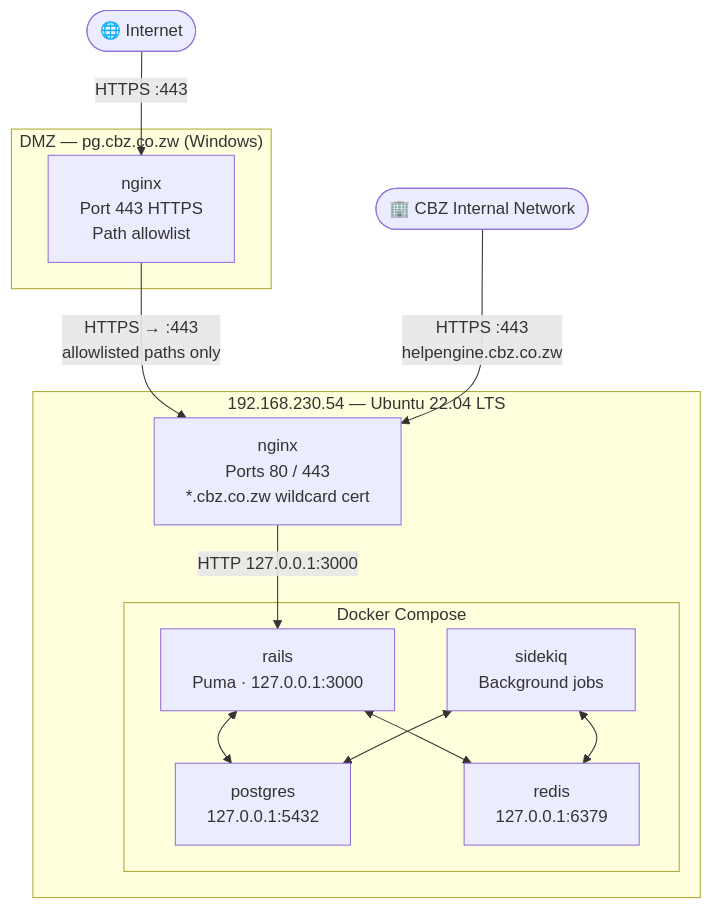
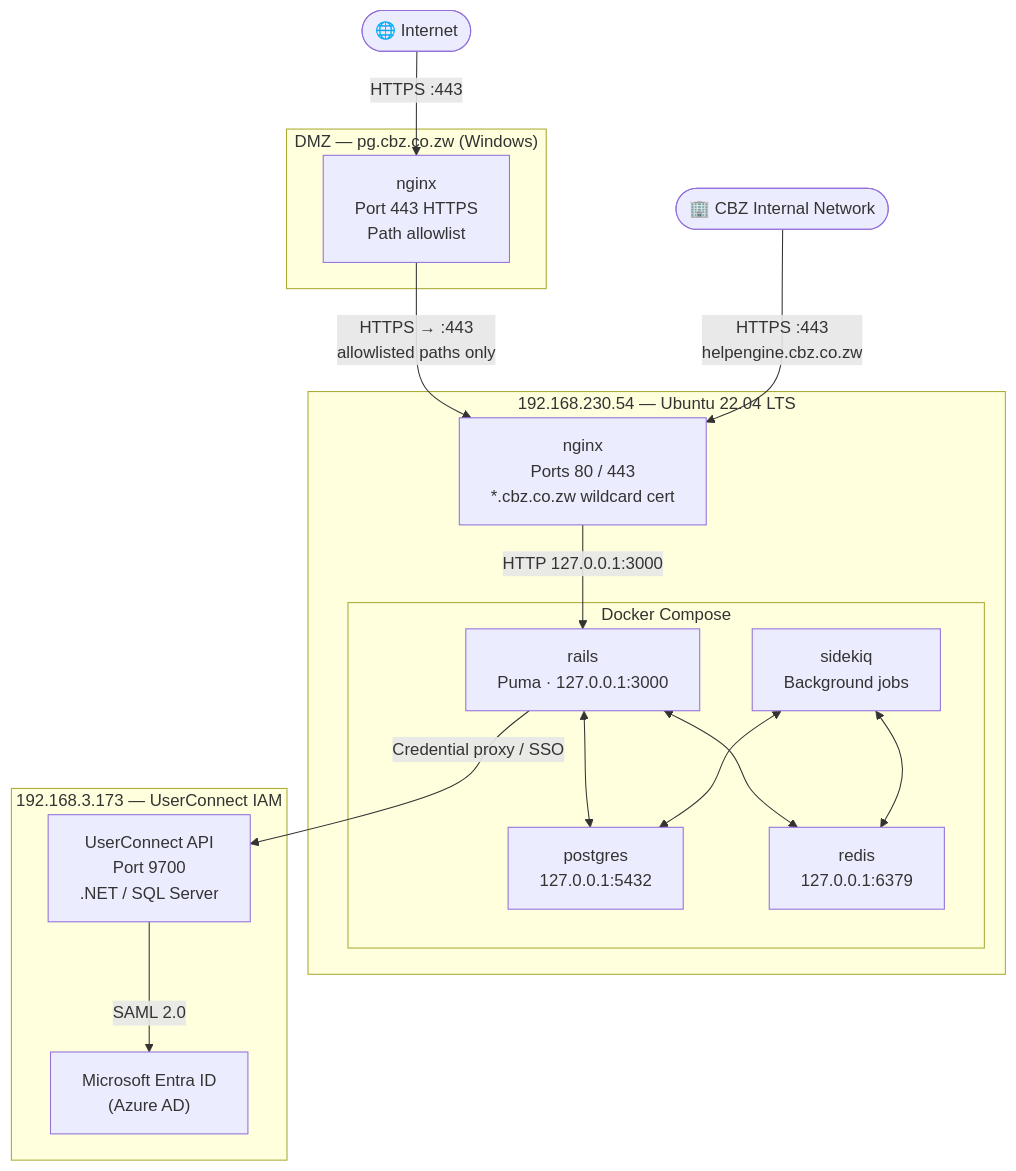
One commit to nickattack97/chatwoot changed the first of 8 diagrams in docs/ARCHITECTURE.md. Above: the diagram before and after it, drawn with Mermaid. The commit also changed other lines of this file and 11 other files, not shown here.

````diff
--- a/docs/ARCHITECTURE.md
+++ b/docs/ARCHITECTURE.md
@@ -14,31 +22,38 @@
 ```mermaid
 graph TD
     Internet(["🌐 Internet"])
     InternalNet(["🏢 CBZ Internal Network"])
 
     subgraph DMZ ["DMZ — pg.cbz.co.zw (Windows)"]
         DMZnginx["nginx\nPort 443 HTTPS\nPath allowlist"]
     end
 
     subgraph Server ["192.168.230.54 — Ubuntu 22.04 LTS"]
         LocalNginx["nginx\nPorts 80 / 443\n*.cbz.co.zw wildcard cert"]
 
         subgraph Docker ["Docker Compose"]
             Rails["rails\nPuma · 127.0.0.1:3000"]
             Sidekiq["sidekiq\nBackground jobs"]
             Postgres["postgres\n127.0.0.1:5432"]
             Redis["redis\n127.0.0.1:6379"]
         end
     end
 
+    subgraph UC ["192.168.3.173 — UserConnect IAM"]
+        UCServer["UserConnect API\nPort 9700\n.NET / SQL Server"]
+        MicrosoftEntra["Microsoft Entra ID\n(Azure AD)"]
+    end
+
     Internet -->|"HTTPS :443"| DMZnginx
     DMZnginx -->|"HTTPS → :443\nallowlisted paths only"| LocalNginx
     LocalNginx -->|"HTTP 127.0.0.1:3000"| Rails
 
     Rails <--> Postgres
     Rails <--> Redis
     Sidekiq <--> Postgres
     Sidekiq <--> Redis
 
     InternalNet -->|"HTTPS :443\nhelpengine.cbz.co.zw"| LocalNginx
+    Rails -->|"Credential proxy / SSO"| UCServer
+    UCServer -->|"SAML 2.0"| MicrosoftEntra
 ```
````
